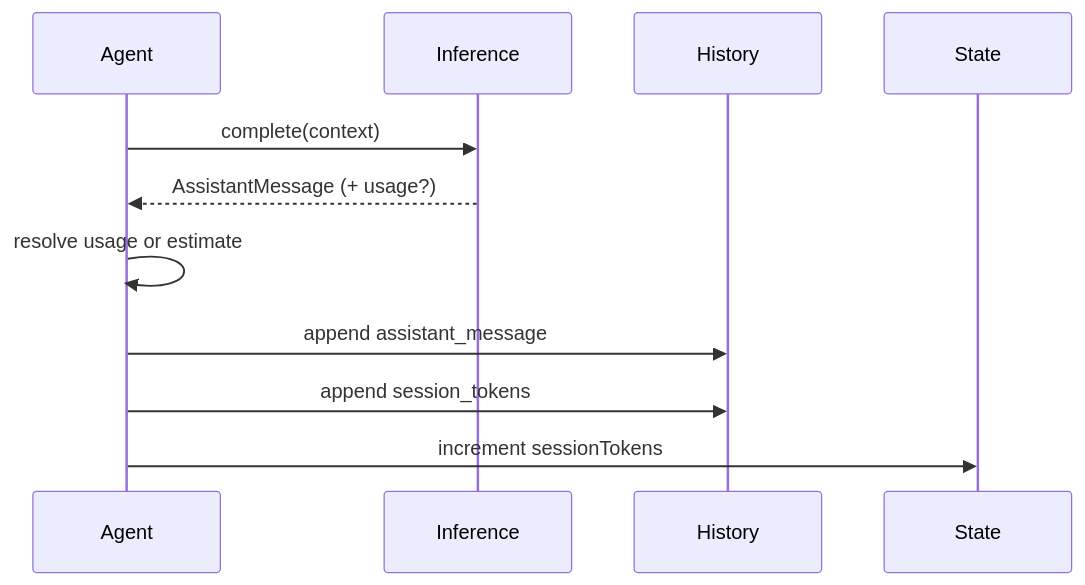
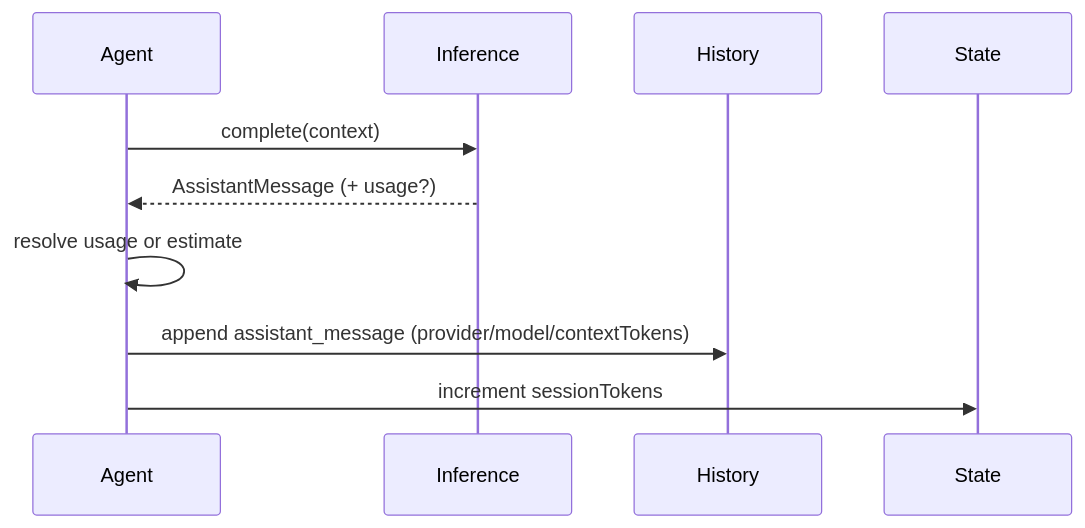
Before and after one commit to ex3ndr/daycare: the diagram in docs/session-tokens.md, drawn with Mermaid. The commit also changed other lines of this file and 6 other files, not shown here.

````diff
--- a/docs/session-tokens.md
+++ b/docs/session-tokens.md
@@ -11,14 +11,13 @@
 ```mermaid
 sequenceDiagram
   participant Agent
   participant Inference
   participant History
   participant State
 
   Agent->>Inference: complete(context)
   Inference-->>Agent: AssistantMessage (+ usage?)
   Agent->>Agent: resolve usage or estimate
-  Agent->>History: append assistant_message
-  Agent->>History: append session_tokens
+  Agent->>History: append assistant_message (provider/model/contextTokens)
   Agent->>State: increment sessionTokens
 ```
````
